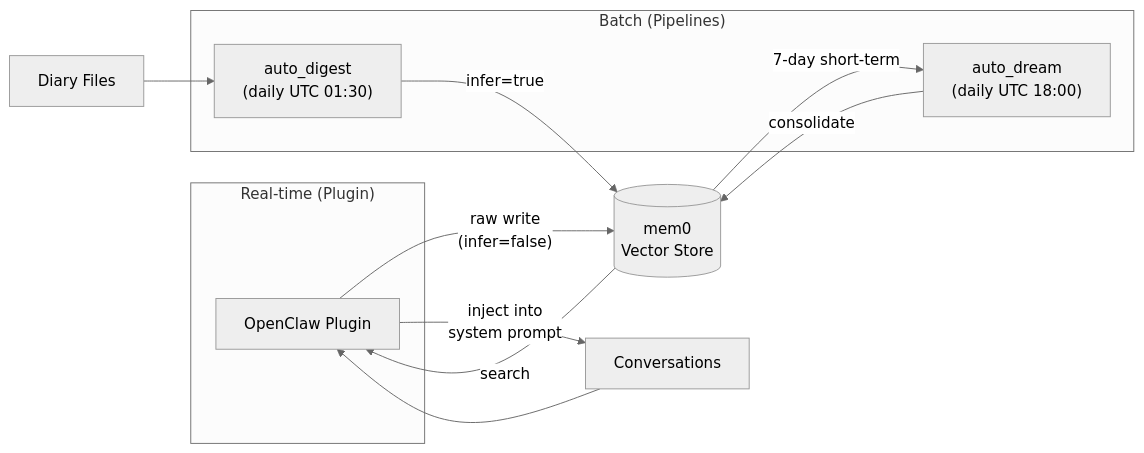
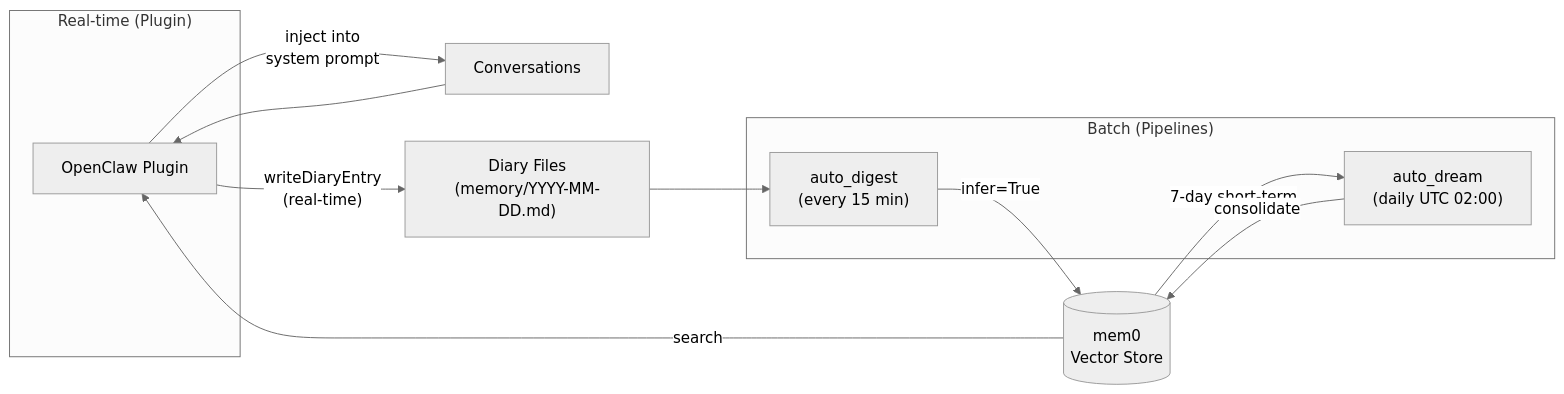
Before and after one commit to norrishuang/mem0-memory-service: the first of 3 diagrams in docs/openclaw-plugin.md, drawn with Mermaid (neutral theme). The commit also changed other lines of this file and 6 other files, not shown here.

First line of the commit message:
docs: update architecture docs to reflect new real-time diary write pipeline

````diff
--- a/docs/openclaw-plugin.md
+++ b/docs/openclaw-plugin.md
@@ -9,15 +9,15 @@
 ```mermaid
 flowchart LR
     subgraph Realtime["Real-time (Plugin)"]
         P["OpenClaw Plugin"]
     end
     subgraph Batch["Batch (Pipelines)"]
-        D["auto_digest\n(daily UTC 01:30)"]
-        DR["auto_dream\n(daily UTC 18:00)"]
+        D["auto_digest\n(every 15 min)"]
+        DR["auto_dream\n(daily UTC 02:00)"]
     end
 
-    Conv["Conversations"] --> P -->|"raw write\n(infer=false)"| Mem0[("mem0\nVector Store")]
-    Diary["Diary Files"] --> D -->|"infer=true"| Mem0
+    Conv["Conversations"] --> P -->|"writeDiaryEntry\n(real-time)"| Diary["Diary Files\n(memory/YYYY-MM-DD.md)"]
+    Diary --> D -->|"infer=True"| Mem0[("mem0\nVector Store")]
     Mem0 -->|"7-day short-term"| DR -->|"consolidate"| Mem0
     Mem0 -->|"search"| P -->|"inject into\nsystem prompt"| Conv
 ```
````
